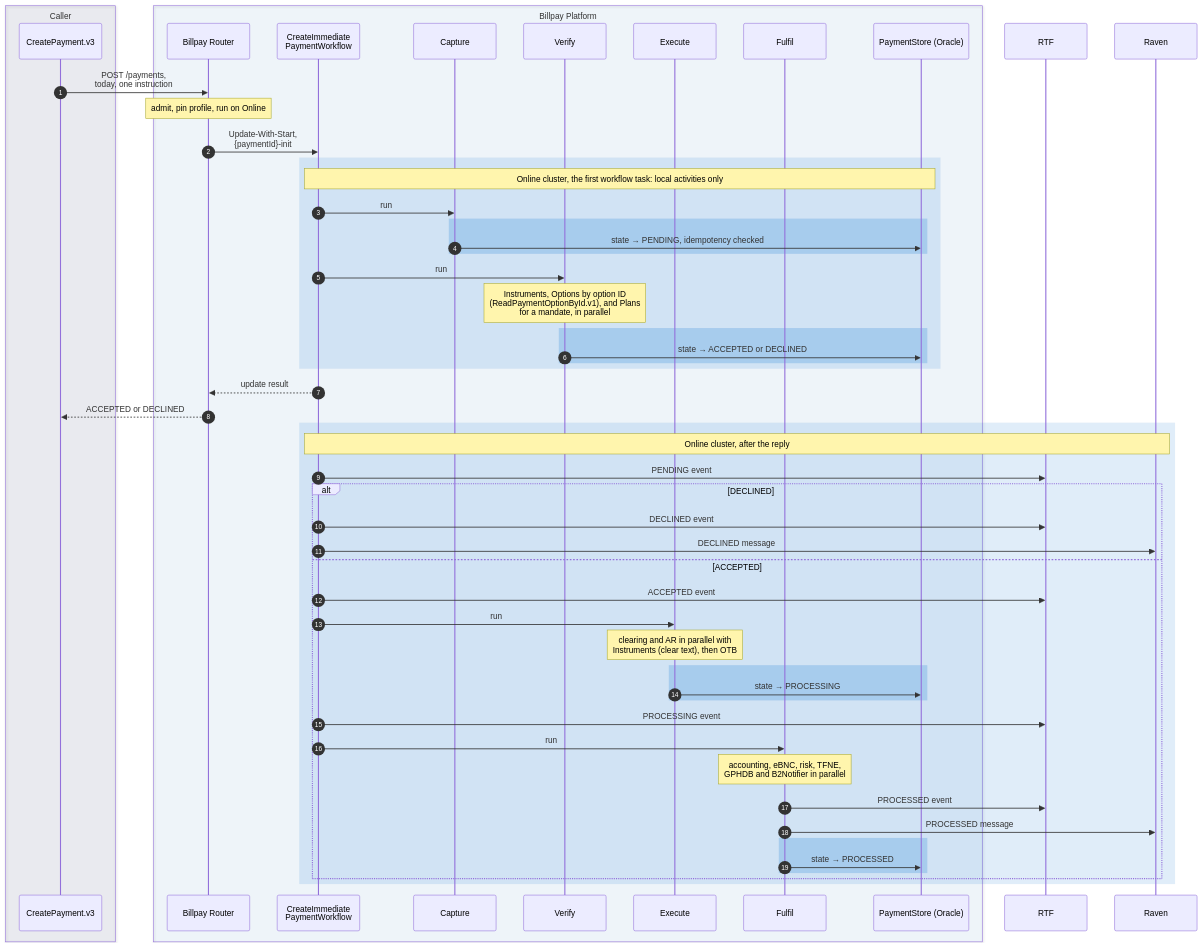
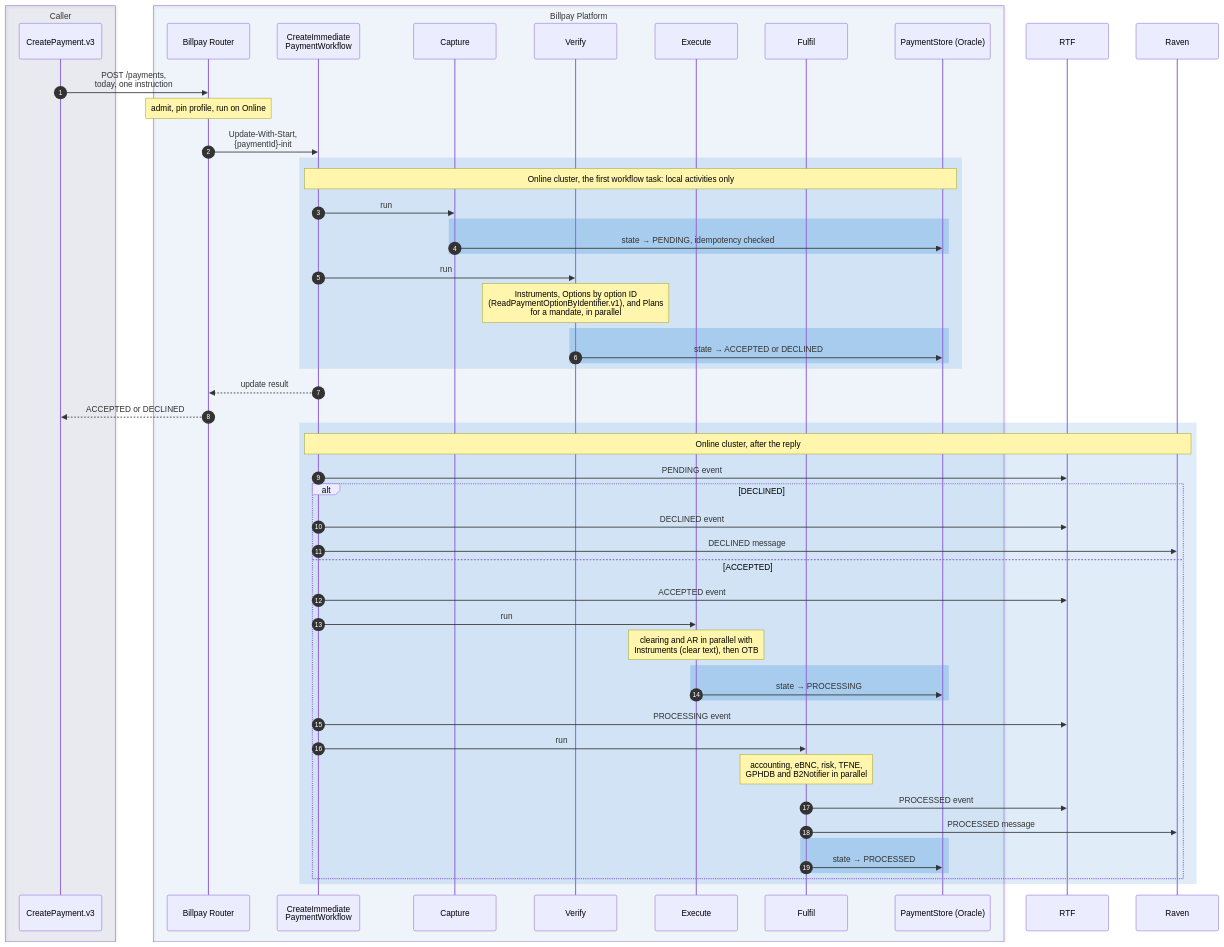
One commit to arunav-bhattacharya/billpay-book changed the first of 16 diagrams in website/docs/design/sequence-diagrams.md. Above: the diagram before and after it, drawn with Mermaid. The commit also changed other lines of this file and 70 other files, not shown here.

````diff
--- a/website/docs/design/sequence-diagrams.md
+++ b/website/docs/design/sequence-diagrams.md
@@ -30,70 +30,70 @@
 ```mermaid
 ---
 config:
   fontFamily: "BentonSansUI, Helvetica, Arial, sans-serif"
   fontSize: 15
 ---
 sequenceDiagram
   autonumber
 
   box rgba(0,23,90,0.07) Caller
     participant OD as CreatePayment.v3
   end
 
   box rgba(0,111,207,0.05) Billpay Platform
     participant R as Billpay Router
     participant WF as CreateImmediate<br/>PaymentWorkflow
     participant CAP as Capture
     participant VER as Verify
     participant EXE as Execute
     participant FUL as Fulfil
     participant PS as PaymentStore (Oracle)
   end
 
   participant RTF
   participant RAV as Raven
 
   OD->>R: POST /payments,<br/>today, one instruction
   Note over R: admit, pin profile, run on Online
   R->>WF: Update-With-Start,<br/>{paymentId}-init
 
   rect rgba(0,111,207,0.12)
     Note over WF,PS: Online cluster, the first workflow task: local activities only
     WF->>CAP: run
     rect rgba(102,169,226,0.40)
       CAP->>PS: state → PENDING, idempotency checked
     end
     WF->>VER: run
-    Note over VER: Instruments, Options by option ID<br/>(ReadPaymentOptionById.v1), and Plans<br/>for a mandate, in parallel
+    Note over VER: Instruments, Options by option ID<br/>(ReadPaymentOptionByIdentifier.v1), and Plans<br/>for a mandate, in parallel
     rect rgba(102,169,226,0.40)
       VER->>PS: state → ACCEPTED or DECLINED
     end
   end
 
   WF-->>R: update result
   R-->>OD: ACCEPTED or DECLINED
 
   rect rgba(0,111,207,0.12)
     Note over WF,RAV: Online cluster, after the reply
     WF->>RTF: PENDING event
     alt DECLINED
       WF->>RTF: DECLINED event
       WF->>RAV: DECLINED message
     else ACCEPTED
       WF->>RTF: ACCEPTED event
       WF->>EXE: run
       Note over EXE: clearing and AR in parallel with<br/>Instruments (clear text), then OTB
       rect rgba(102,169,226,0.40)
         EXE->>PS: state → PROCESSING
       end
       WF->>RTF: PROCESSING event
       WF->>FUL: run
       Note over FUL: accounting, eBNC, risk, TFNE,<br/>GPHDB and B2Notifier in parallel
       FUL->>RTF: PROCESSED event
       FUL->>RAV: PROCESSED message
       rect rgba(102,169,226,0.40)
         FUL->>PS: state → PROCESSED
       end
     end
   end
 ```
````
